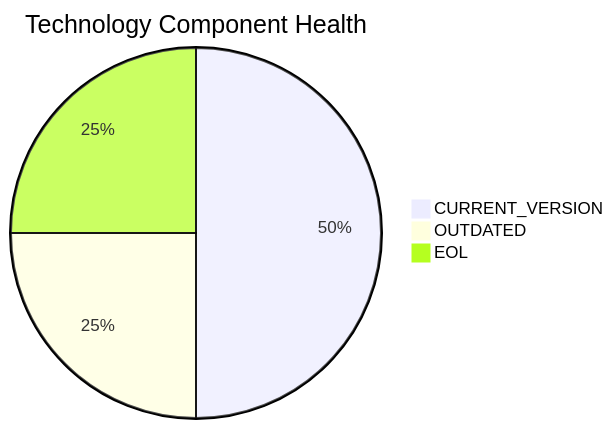
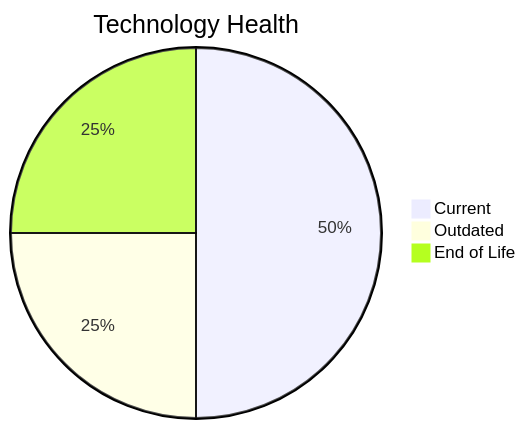
Before and after one commit to ktruchcz/copilot-test-ktruchcz: the diagram in discover/output/reports/apps/app024.md, drawn with Mermaid. The commit also changed other lines of this file and 227 other files, not shown here.

````diff
--- a/discover/output/reports/apps/app024.md
+++ b/discover/output/reports/apps/app024.md
@@ -38,6 +32,6 @@
 ```mermaid
-pie title Technology Component Health
-    "CURRENT_VERSION" : 2
-    "OUTDATED" : 1
-    "EOL" : 1
+pie title Technology Health
+    "Current" : 2
+    "Outdated" : 1
+    "End of Life" : 1
 ```
````
